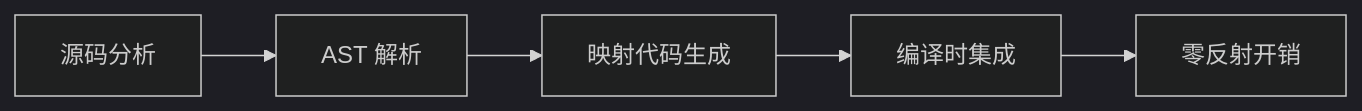
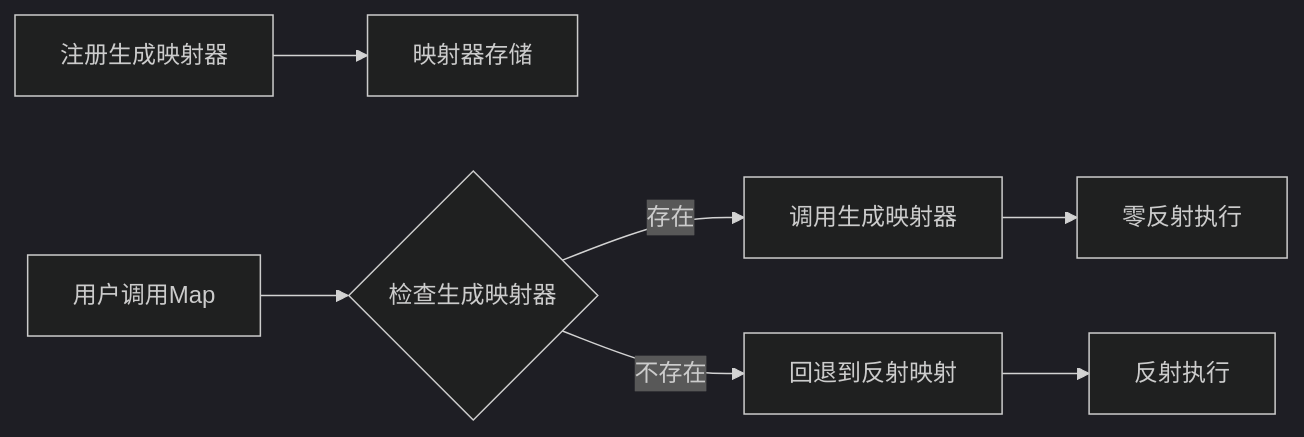
Before and after one commit to deferz/go-mapster: the fifth of 15 diagrams in PROJECT_SUMMARY.md, drawn with Mermaid (dark theme). The commit also changed other lines of this file and 8 other files, not shown here.

First line of the commit message:
Enhance zero-reflection code generation and performance benchmarks

````diff
--- a/PROJECT_SUMMARY.md
+++ b/PROJECT_SUMMARY.md
@@ -227,7 +261,9 @@
 ```mermaid
 graph LR
-    SourceCodeAnalysis[源码分析] --> ASTParser[AST 解析]
-    ASTParser --> MappingCodeGeneration[映射代码生成]
-    MappingCodeGeneration --> CompileTimeIntegration[编译时集成]
-    CompileTimeIntegration --> ZeroReflectionOverhead[零反射开销]
+    RegisterGeneratedMapper[注册生成映射器] --> GeneratedMapperStorage[映射器存储]
+    UserCallMap[用户调用Map] --> CheckGeneratedMapper{检查生成映射器}
+    CheckGeneratedMapper -->|存在| CallGeneratedMapper[调用生成映射器]
+    CheckGeneratedMapper -->|不存在| FallbackToReflection[回退到反射映射]
+    CallGeneratedMapper --> ZeroReflectionExecution[零反射执行]
+    FallbackToReflection --> ReflectionExecution[反射执行]
 ```
````
